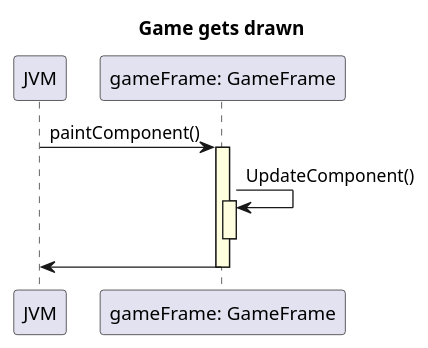
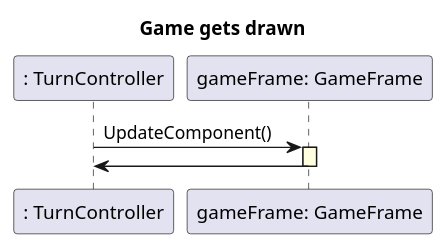
Before and after one commit to bbucsy/projlab_holy_oil: the diagram in uml/gui_seq_diagrams/draw.plantuml, drawn with PlantUML.

```diff
--- a/uml/gui_seq_diagrams/draw.plantuml
+++ b/uml/gui_seq_diagrams/draw.plantuml
@@ -1,17 +1,14 @@
 @startuml seq
 
 skinparam SequenceLifeLineBackgroundColor LightYellow
 
 title "Game gets drawn"
 
-participant "JVM" as jvm
+participant ": TurnController" as jvm
 participant "gameFrame: GameFrame" as gameFrame
 
-jvm -> gameFrame ++: paintComponent()
-
-gameFrame -> gameFrame ++: UpdateComponent()
-deactivate gameFrame
+jvm -> gameFrame ++: UpdateComponent()
 
 gameFrame -> jvm --
 
 @enduml
```
